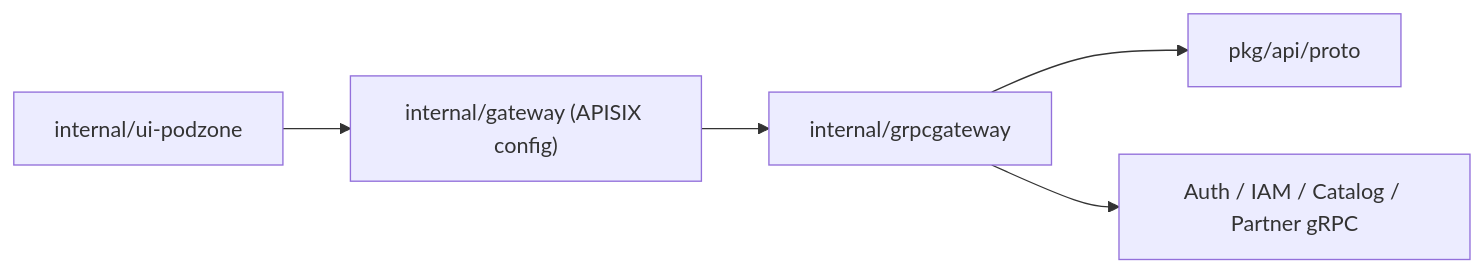
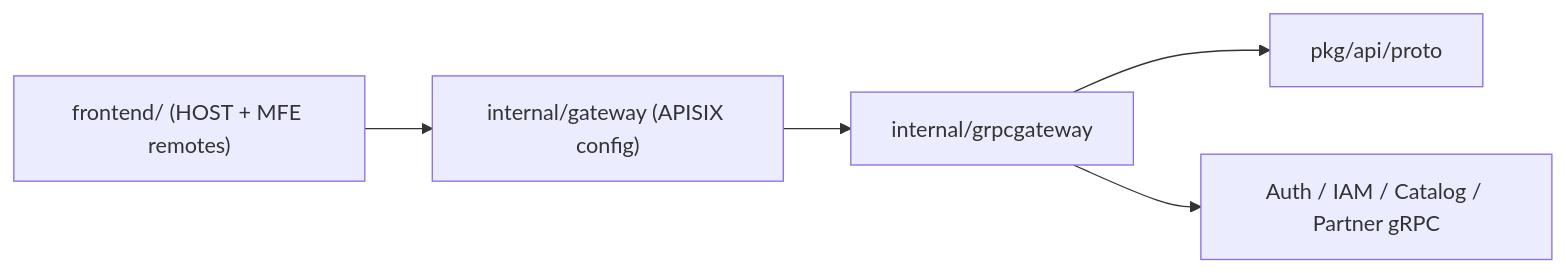
Before and after one commit to tuannm99/podzone: the seventh of 8 diagrams in docs/03-architecture-detail-design/01-modules.md, drawn with Mermaid. The commit also changed 21 other files, not shown here.

````diff
--- a/docs/03-architecture-detail-design/01-modules.md
+++ b/docs/03-architecture-detail-design/01-modules.md
@@ -211,13 +211,13 @@
 ```mermaid
 flowchart LR
     APISIX["internal/gateway (APISIX config)"]
     GatewayRegistrar["internal/grpcgateway"]
     Proto["pkg/api/proto"]
     Services["Auth / IAM / Catalog / Partner gRPC"]
-    UI["internal/ui-podzone"]
+    UI["frontend/ (HOST + MFE remotes)"]
 
     UI --> APISIX
     GatewayRegistrar --> Proto
     GatewayRegistrar --> Services
     APISIX --> GatewayRegistrar
 ```
````
